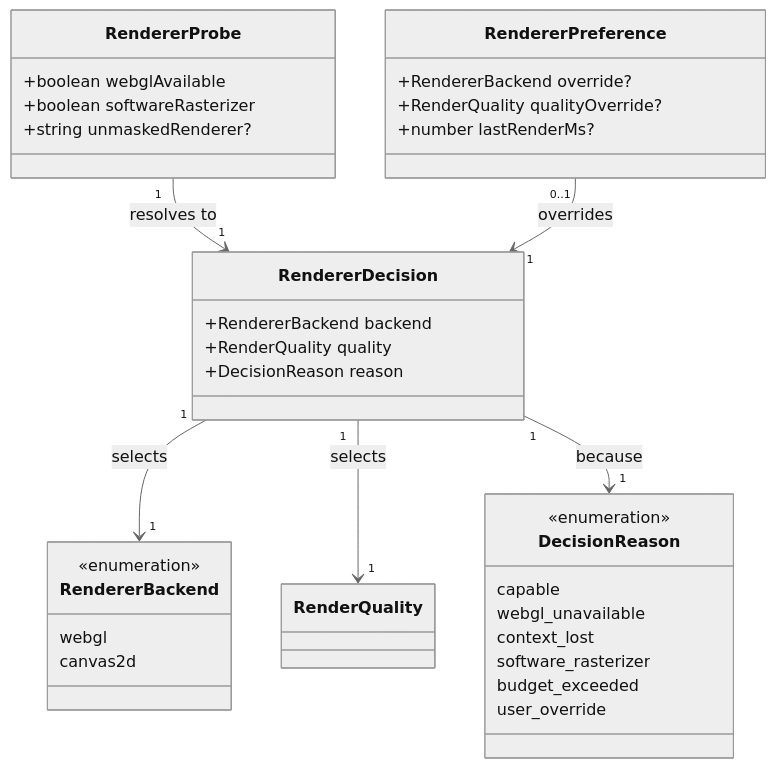
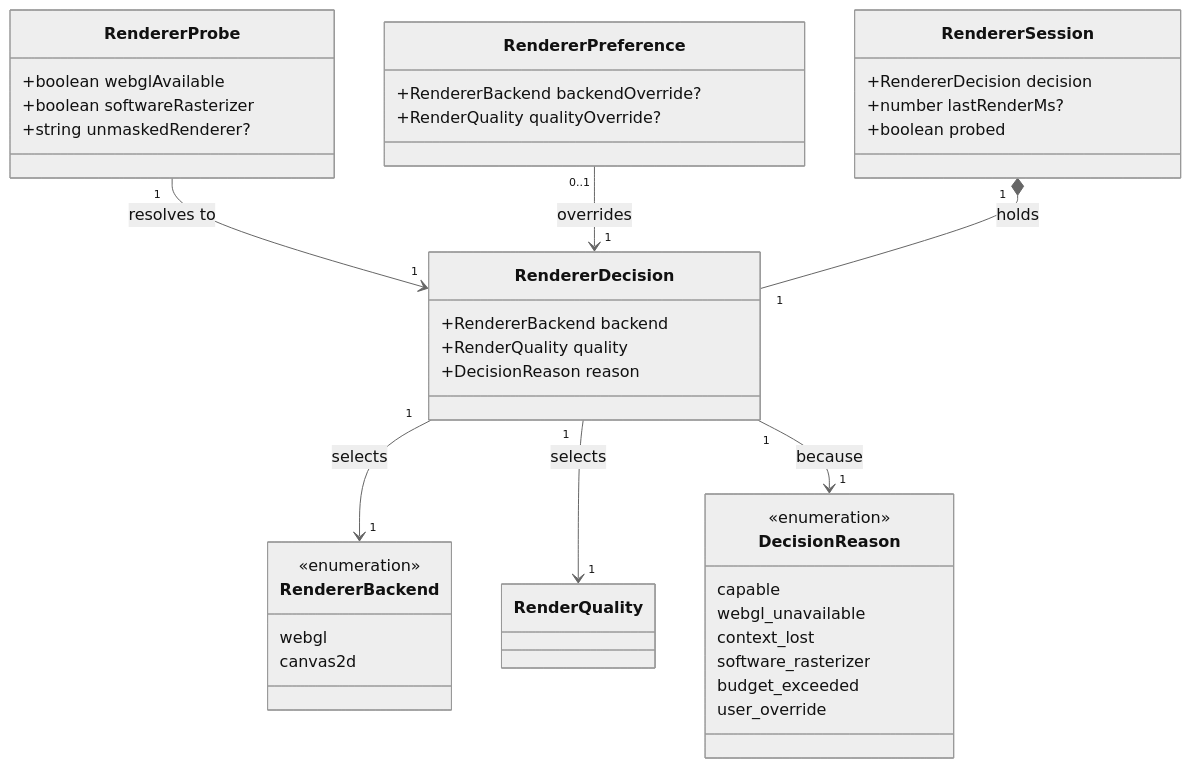
One commit to ironarachne/ironarachne changed the second of 2 diagrams in docs/renderers.md. Above: the diagram before and after it, drawn with Mermaid (neutral theme). The commit also changed other lines of this file, not shown here.

````diff
--- a/docs/renderers.md
+++ b/docs/renderers.md
@@ -241,38 +292,43 @@
 ```mermaid
 classDiagram
     class RendererProbe {
         +boolean webglAvailable
         +boolean softwareRasterizer
         +string unmaskedRenderer?
     }
     class RendererDecision {
         +RendererBackend backend
         +RenderQuality quality
         +DecisionReason reason
     }
     class RendererBackend {
         <<enumeration>>
         webgl
         canvas2d
     }
     class DecisionReason {
         <<enumeration>>
         capable
         webgl_unavailable
         context_lost
         software_rasterizer
         budget_exceeded
         user_override
     }
+    class RendererSession {
+        +RendererDecision decision
+        +number lastRenderMs?
+        +boolean probed
+    }
     class RendererPreference {
-        +RendererBackend override?
+        +RendererBackend backendOverride?
         +RenderQuality qualityOverride?
-        +number lastRenderMs?
     }
 
     RendererProbe "1" --> "1" RendererDecision : resolves to
     RendererPreference "0..1" --> "1" RendererDecision : overrides
+    RendererSession "1" *-- "1" RendererDecision : holds
     RendererDecision "1" --> "1" RendererBackend : selects
     RendererDecision "1" --> "1" RenderQuality : selects
     RendererDecision "1" --> "1" DecisionReason : because
 ```
````
